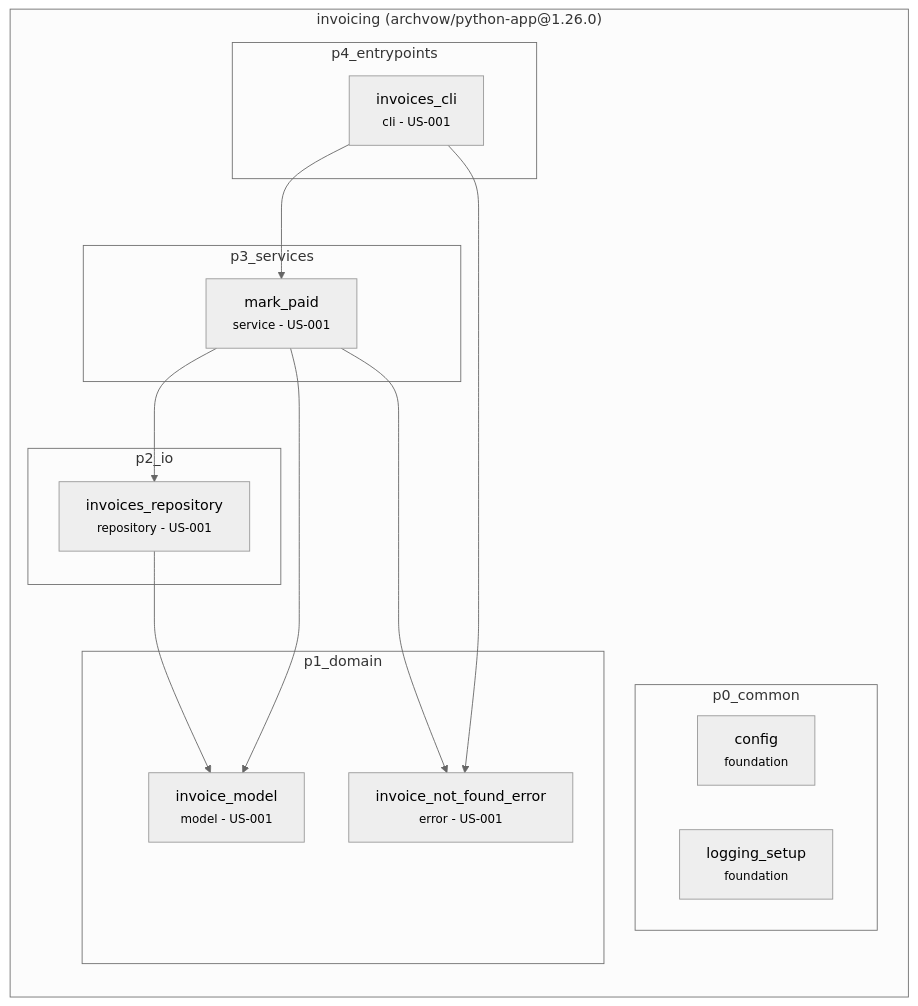
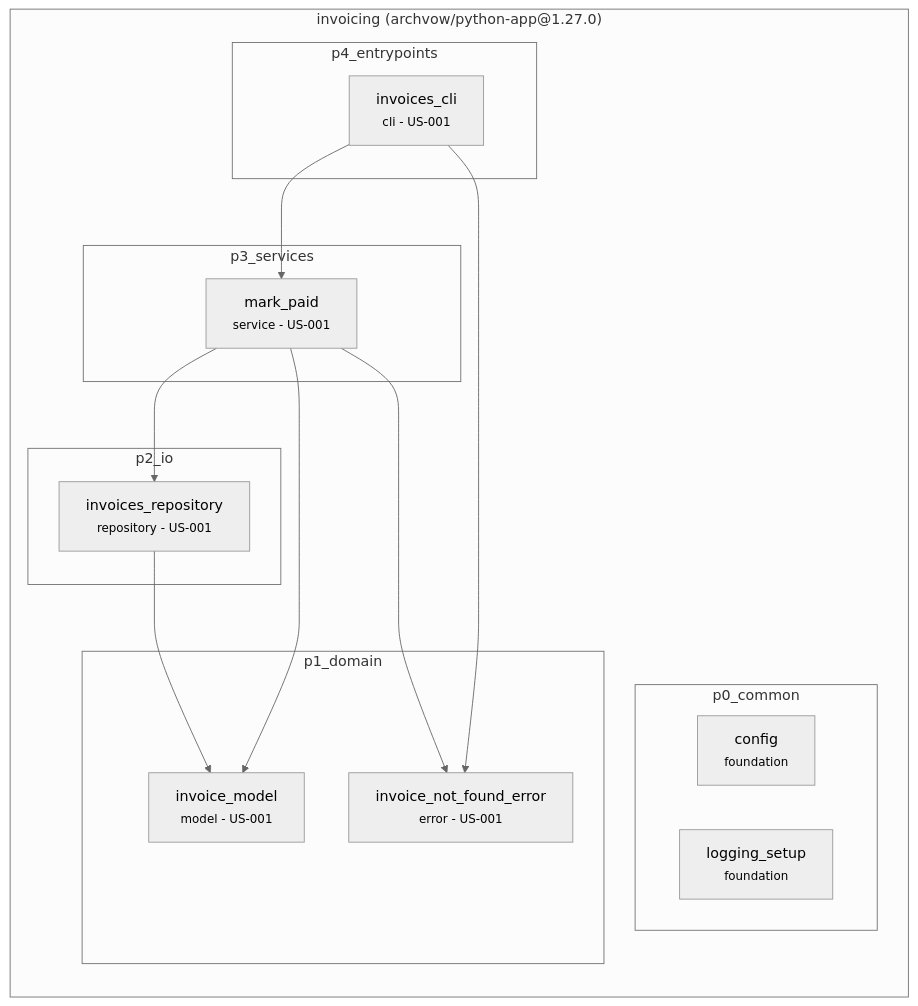
Before and after one commit to archvow/archvow-plugin: the diagram in contract/archvow/examples/python-app/.archvow/spec.md, drawn with Mermaid (neutral theme). The commit also changed other lines of this file and 150 other files, not shown here.

````diff
--- a/contract/archvow/examples/python-app/.archvow/spec.md
+++ b/contract/archvow/examples/python-app/.archvow/spec.md
@@ -11,30 +11,30 @@
 ```mermaid
 flowchart TB
-  subgraph invoicing["invoicing (archvow/python-app@1.26.0)"]
+  subgraph invoicing["invoicing (archvow/python-app@1.27.0)"]
     direction TB
     subgraph invoicing__p0_common["p0_common"]
       invoicing__config["config<br/><small>foundation</small>"]
       invoicing__logging_setup["logging_setup<br/><small>foundation</small>"]
     end
     subgraph invoicing__p1_domain["p1_domain"]
       invoicing__invoice_model["invoice_model<br/><small>model - US-001</small>"]
       invoicing__invoice_not_found_error["invoice_not_found_error<br/><small>error - US-001</small>"]
     end
     subgraph invoicing__p2_io["p2_io"]
       invoicing__invoices_repository["invoices_repository<br/><small>repository - US-001</small>"]
     end
     subgraph invoicing__p3_services["p3_services"]
       invoicing__mark_paid["mark_paid<br/><small>service - US-001</small>"]
     end
     subgraph invoicing__p4_entrypoints["p4_entrypoints"]
       invoicing__invoices_cli["invoices_cli<br/><small>cli - US-001</small>"]
     end
   end
   invoicing__invoices_repository --> invoicing__invoice_model
   invoicing__mark_paid --> invoicing__invoice_model
   invoicing__mark_paid --> invoicing__invoice_not_found_error
   invoicing__mark_paid --> invoicing__invoices_repository
   invoicing__invoices_cli --> invoicing__mark_paid
   invoicing__invoices_cli --> invoicing__invoice_not_found_error
   classDef empty fill:none,stroke:none
 ```
````
